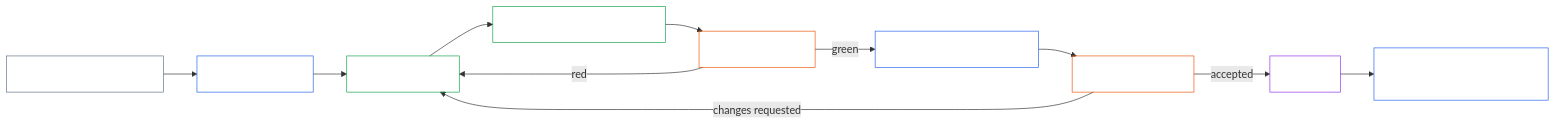
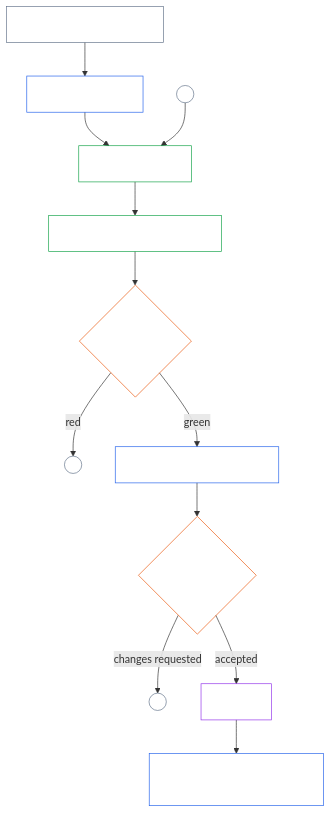
One commit to kfoelsch/Sentient_Constitution changed the diagram in CONTRIBUTING.md. Above: the diagram before and after it, drawn with Mermaid. The commit also changed 62 other files, not shown here.

````diff
--- a/CONTRIBUTING.md
+++ b/CONTRIBUTING.md
@@ -151,22 +151,26 @@
 ```mermaid
-flowchart LR
+flowchart TB
   Issue[Finding or Proposal issue] --> Branch[Fork and branch]
   Branch --> Edit[Edit in one lane]
+  A0((A)) --> Edit
   Edit --> Regen[Regenerate derived artifacts]
-  Regen --> Gate[make regression]
-  Gate -->|red| Edit
+  Regen --> Gate{make regression}
+  Gate -->|red| A1((A))
   Gate -->|green| PR[Pull request with template]
-  PR --> Review[Custodian review]
-  Review -->|changes requested| Edit
+  PR --> Review{Custodian review}
+  Review -->|changes requested| A2((A))
   Review -->|accepted| Merge[Merge]
   Merge --> Log[Spec change log and evidence link]
   style Issue fill:none,stroke:#64748b,color:#ffffff
   style Branch fill:none,stroke:#2563eb,color:#ffffff
   style Edit fill:none,stroke:#16a34a,color:#ffffff
   style Regen fill:none,stroke:#16a34a,color:#ffffff
   style Gate fill:none,stroke:#ea580c,color:#ffffff
   style PR fill:none,stroke:#2563eb,color:#ffffff
   style Review fill:none,stroke:#ea580c,color:#ffffff
   style Merge fill:none,stroke:#9333ea,color:#ffffff
   style Log fill:none,stroke:#2563eb,color:#ffffff
+  style A0 fill:none,stroke:#64748b,color:#ffffff
+  style A1 fill:none,stroke:#64748b,color:#ffffff
+  style A2 fill:none,stroke:#64748b,color:#ffffff
 ```
````
